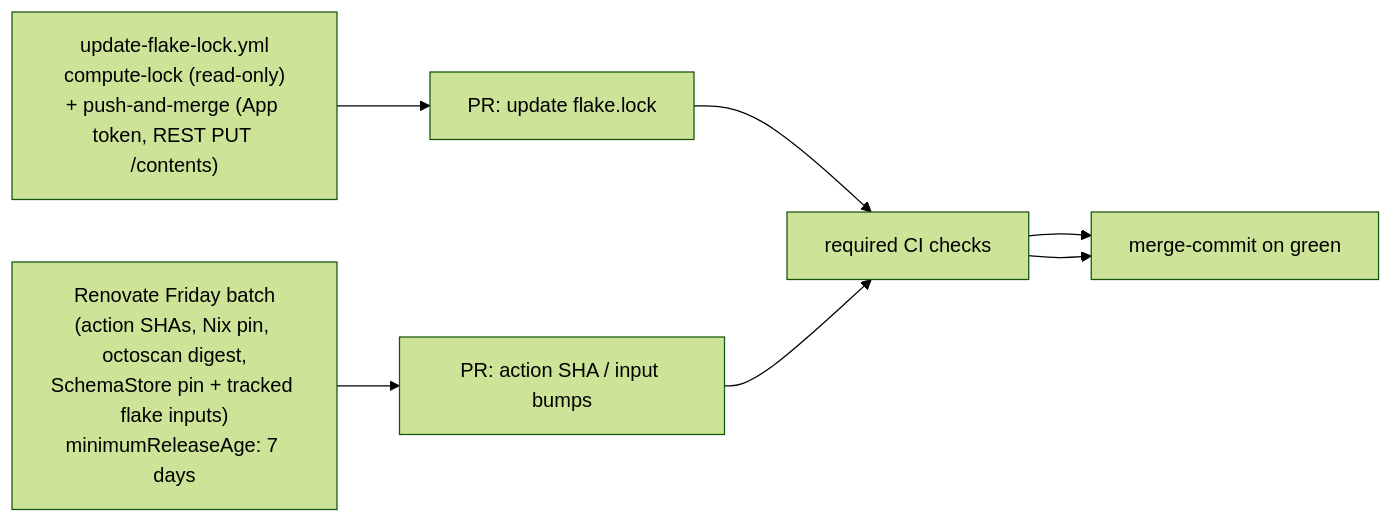
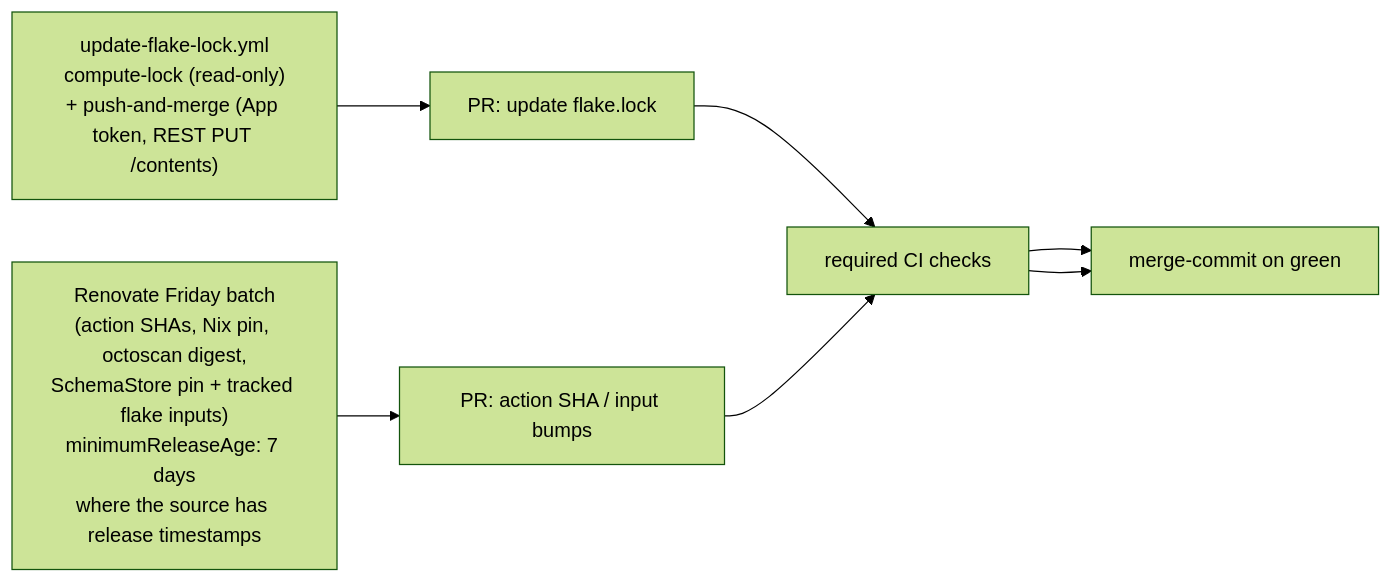
Before and after one commit to rvenutolo/linPEAS-flake: the third of 3 diagrams in docs/architecture/auto-update.md, drawn with Mermaid (forest theme). The commit also changed 19 other files, not shown here.

````diff
--- a/docs/architecture/auto-update.md
+++ b/docs/architecture/auto-update.md
@@ -96,12 +96,12 @@
 ```mermaid
 flowchart LR
   flakelock["update-flake-lock.yml<br/>compute-lock (read-only)<br/>+ push-and-merge (App token, REST PUT /contents)"]
-  renovate["Renovate Friday batch<br/>(action SHAs, Nix pin, octoscan digest,<br/>SchemaStore pin + tracked flake inputs)<br/>minimumReleaseAge: 7 days"]
+  renovate["Renovate Friday batch<br/>(action SHAs, Nix pin, octoscan digest,<br/>SchemaStore pin + tracked flake inputs)<br/>minimumReleaseAge: 7 days<br/>where the source has release timestamps"]
   pr1["PR: update flake.lock"]
   pr2["PR: action SHA / input bumps"]
   ci["required CI checks"]
   merge["merge-commit on green"]
 
   flakelock --> pr1 --> ci --> merge
   renovate --> pr2 --> ci --> merge
 ```
````
